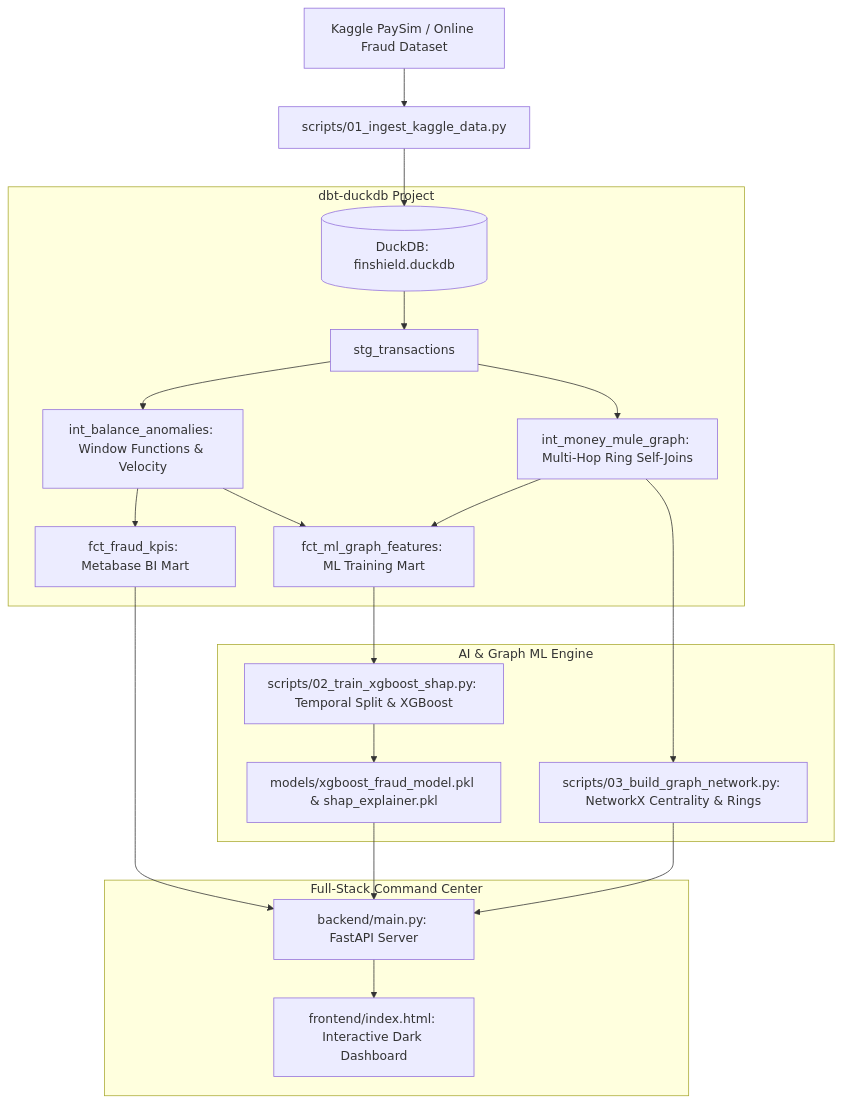
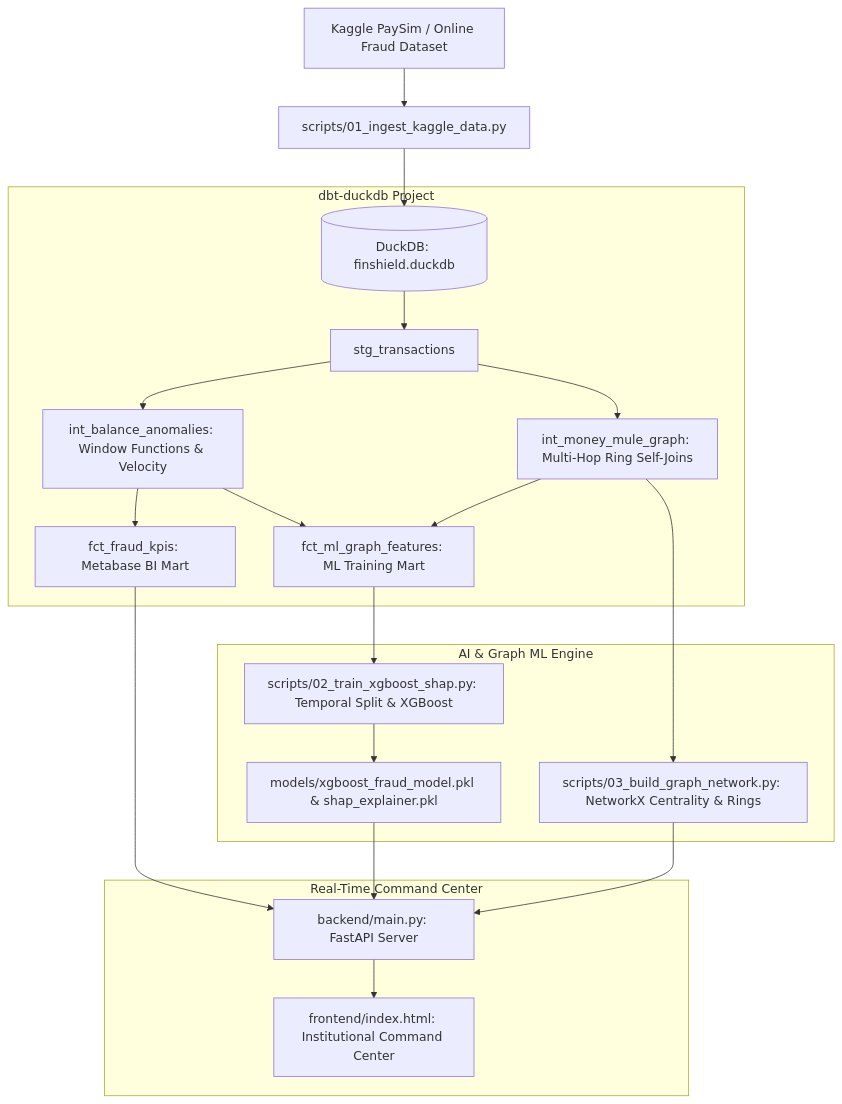
One commit to Ashwini-Choudhary1/FinShield-AI changed the diagram in README.md. Above: the diagram before and after it, drawn with Mermaid. The commit also changed other lines of this file, not shown here.

Commit message:
Documentation & Real-Time Architecture: Strip emojis, define institutional sub-50ms inference specifications, and update quick start guide

````diff
--- a/README.md
+++ b/README.md
@@ -21,24 +37,24 @@
 ```mermaid
 graph TD
     A[Kaggle PaySim / Online Fraud Dataset] --> B[scripts/01_ingest_kaggle_data.py]
     B --> C[(DuckDB: finshield.duckdb)]
     
     subgraph Analytics Engineering Layer [dbt-duckdb Project]
         C --> D[stg_transactions]
         D --> E[int_balance_anomalies: Window Functions & Velocity]
         D --> F[int_money_mule_graph: Multi-Hop Ring Self-Joins]
         E --> G[fct_fraud_kpis: Metabase BI Mart]
         E & F --> H[fct_ml_graph_features: ML Training Mart]
     end
     
     subgraph AI & Graph ML Engine
         F --> I[scripts/03_build_graph_network.py: NetworkX Centrality & Rings]
         H --> J[scripts/02_train_xgboost_shap.py: Temporal Split & XGBoost]
         J --> K[models/xgboost_fraud_model.pkl & shap_explainer.pkl]
     end
     
-    subgraph Full-Stack Command Center
+    subgraph Real-Time Command Center
         G & I & K --> L[backend/main.py: FastAPI Server]
-        L --> M[frontend/index.html: Interactive Dark Dashboard]
+        L --> M[frontend/index.html: Institutional Command Center]
     end
 ```
````
